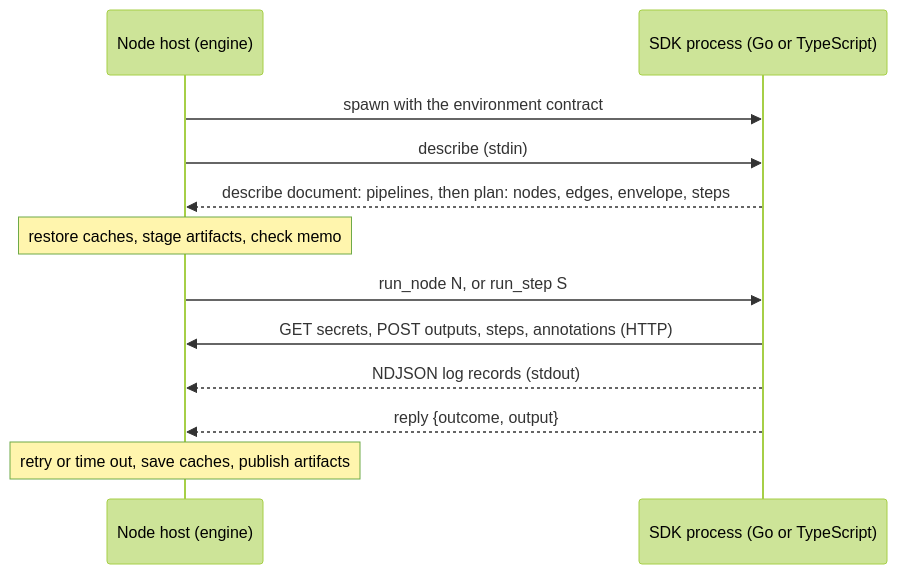
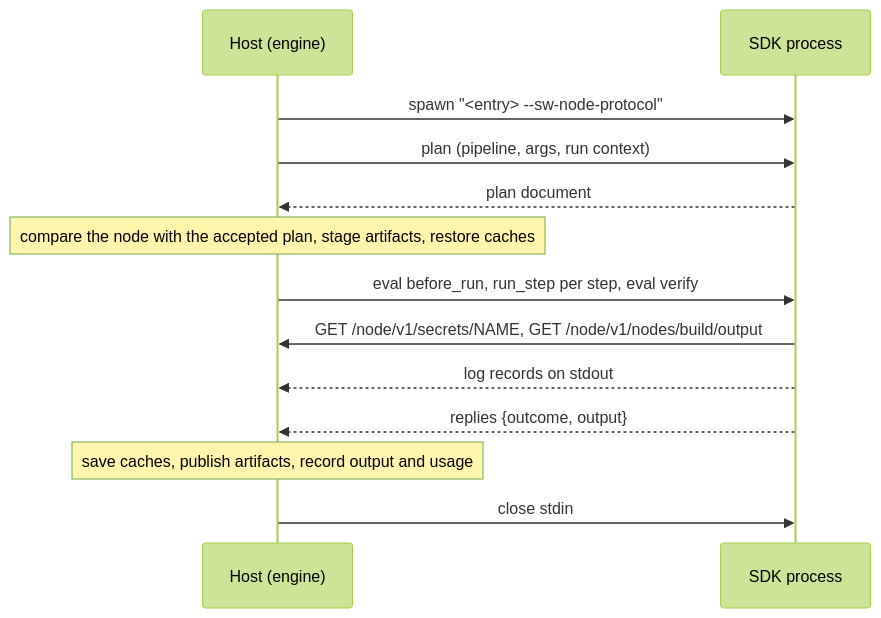
One commit to sparkwing-dev/sparkwing changed the diagram in pkg/docs/mirror/node-protocol.md. Above: the diagram before and after it, drawn with Mermaid (forest theme). The commit also changed other lines of this file and 11 other files, not shown here.

First line of the commit message:
docs(protocol): specify the engine-hosted node protocol as one model

````diff
--- a/pkg/docs/mirror/node-protocol.md
+++ b/pkg/docs/mirror/node-protocol.md
@@ -20,14 +19,15 @@
 ```mermaid
 sequenceDiagram
-  participant H as Node host (engine)
-  participant P as SDK process (Go or TypeScript)
-  H->>P: spawn with the environment contract
-  H->>P: describe (stdin)
-  P-->>H: describe document: pipelines, then plan: nodes, edges, envelope, steps
-  Note over H: restore caches, stage artifacts, check memo
-  H->>P: run_node N, or run_step S
-  P->>H: GET secrets, POST outputs, steps, annotations (HTTP)
-  P-->>H: NDJSON log records (stdout)
-  P-->>H: reply {outcome, output}
-  Note over H: retry or time out, save caches, publish artifacts
+  participant H as Host (engine)
+  participant P as SDK process
+  H->>P: spawn "<entry> --sw-node-protocol"
+  H->>P: plan (pipeline, args, run context)
+  P-->>H: plan document
+  Note over H: compare the node with the accepted plan, stage artifacts, restore caches
+  H->>P: eval before_run, run_step per step, eval verify
+  P->>H: GET /node/v1/secrets/NAME, GET /node/v1/nodes/build/output
+  P-->>H: log records on stdout
+  P-->>H: replies {outcome, output}
+  Note over H: save caches, publish artifacts, record output and usage
+  H->>P: close stdin
 ```
````
